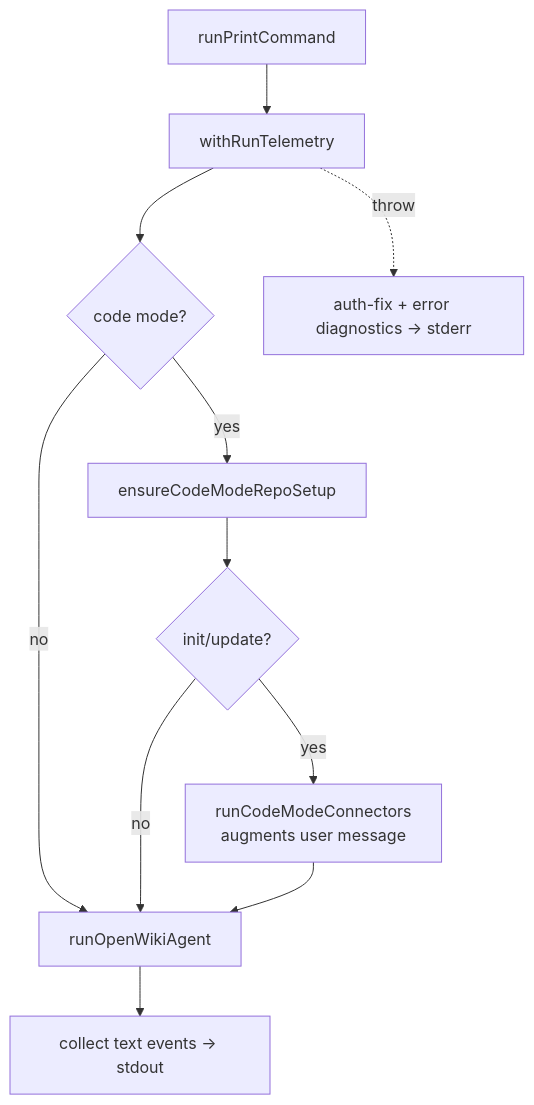
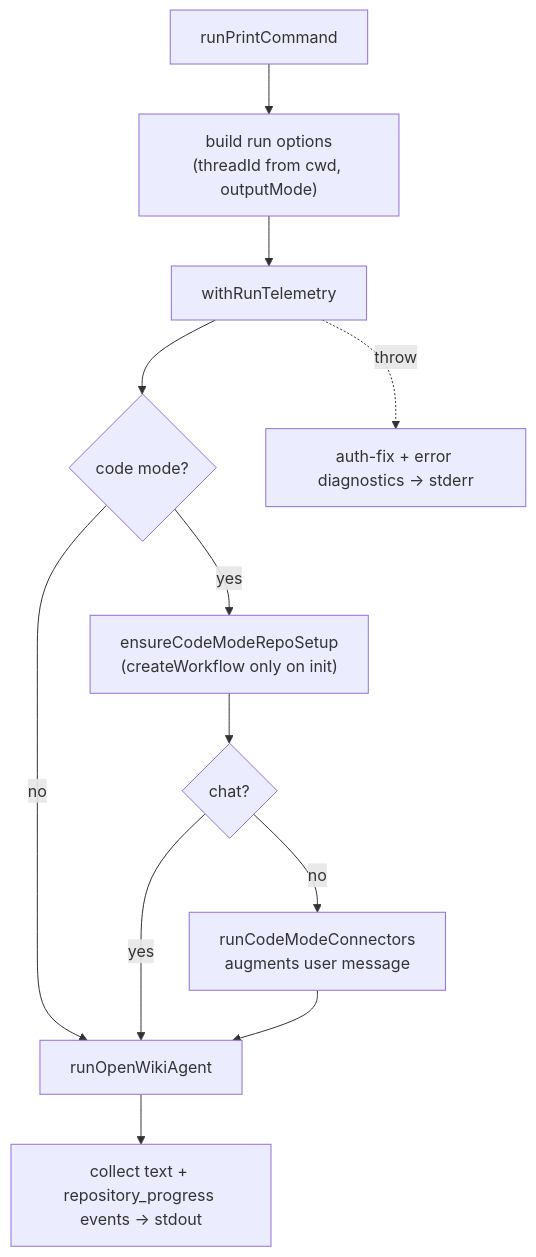
Before and after one commit to langchain-ai/openwiki: the diagram in openwiki/cli/runners.md, drawn with Mermaid. The commit also changed other lines of this file and 68 other files, not shown here.

````diff
--- a/openwiki/cli/runners.md
+++ b/openwiki/cli/runners.md
@@ -42,13 +52,14 @@
 ```mermaid
 flowchart TD
-    Start["runPrintCommand"] --> Tel["withRunTelemetry"]
+    Start["runPrintCommand"] --> Opts["build run options<br/>(threadId from cwd, outputMode)"]
+    Opts --> Tel["withRunTelemetry"]
     Tel --> Code{"code mode?"}
-    Code -->|yes| Setup["ensureCodeModeRepoSetup"]
+    Code -->|yes| Setup["ensureCodeModeRepoSetup<br/>(createWorkflow only on init)"]
     Code -->|no| Agent
-    Setup --> Conn{"init/update?"}
-    Conn -->|yes| Pull["runCodeModeConnectors<br/>augments user message"]
-    Conn -->|no| Agent
+    Setup --> Conn{"chat?"}
+    Conn -->|no| Pull["runCodeModeConnectors<br/>augments user message"]
+    Conn -->|yes| Agent
     Pull --> Agent["runOpenWikiAgent"]
-    Agent --> Out["collect text events → stdout"]
+    Agent --> Out["collect text + repository_progress events → stdout"]
     Tel -.->|throw| Diag["auth-fix + error diagnostics → stderr"]
 ```
````
